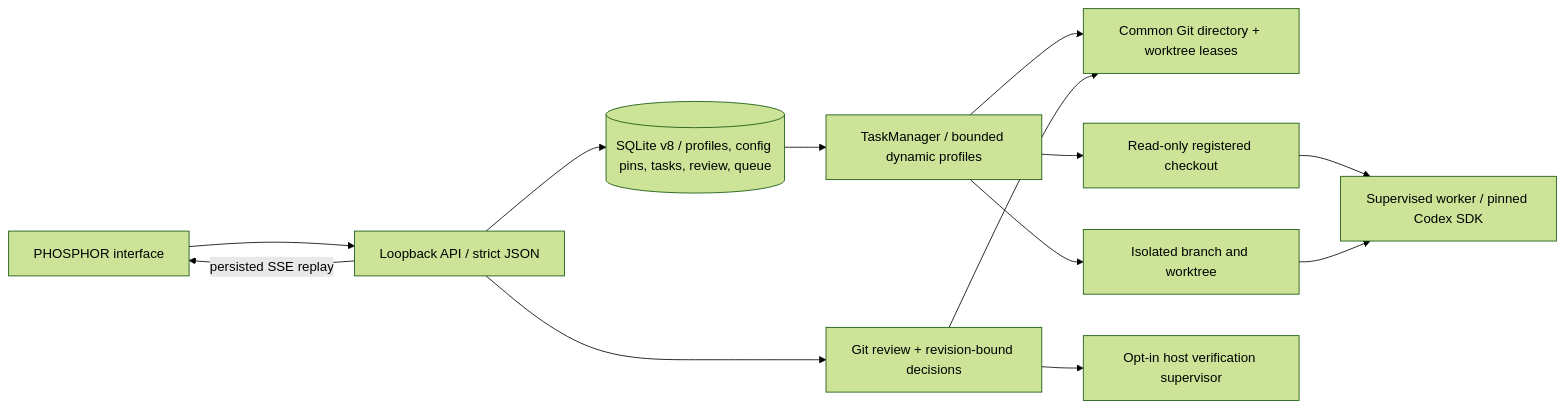
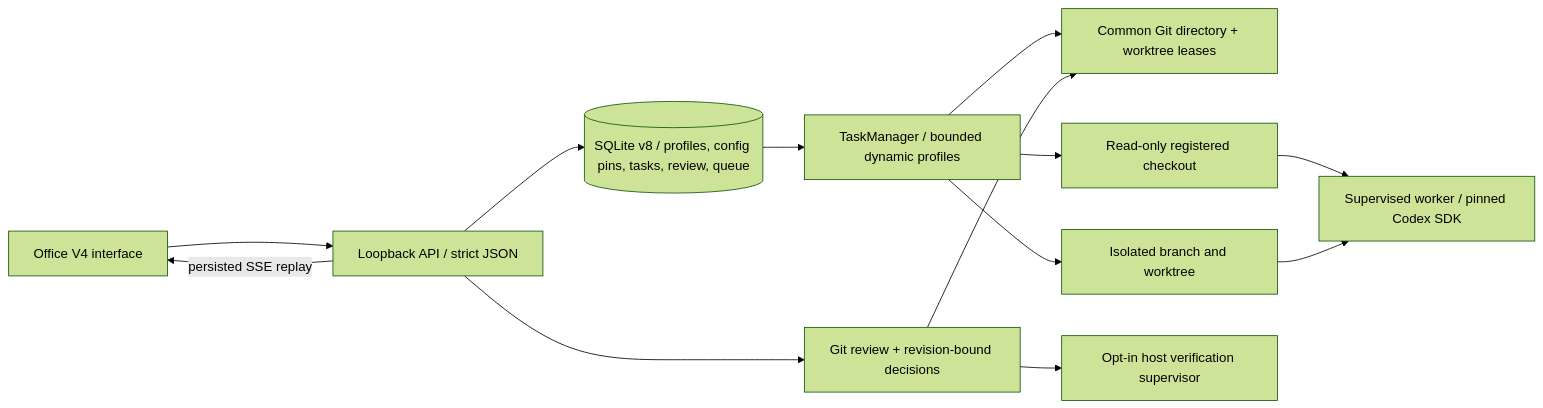
The diagram in docs/ARCHITECTURE.md (vlovers/ai-office), drawn with Mermaid (forest theme) before and after one commit. The commit also changed other lines of this file and 52 other files, not shown here.

````diff
--- a/docs/ARCHITECTURE.md
+++ b/docs/ARCHITECTURE.md
@@ -5,15 +5,15 @@
 ```mermaid
 flowchart LR
-  UI[PHOSPHOR interface] --> API[Loopback API / strict JSON]
+  UI[Office V4 interface] --> API[Loopback API / strict JSON]
   API --> Store[(SQLite v8 / profiles, config pins, tasks, review, queue)]
   Store --> Manager[TaskManager / bounded dynamic profiles]
   Manager --> Leases[Common Git directory + worktree leases]
   Manager --> RO[Read-only registered checkout]
   Manager --> WT[Isolated branch and worktree]
   RO --> Codex[Supervised worker / pinned Codex SDK]
   WT --> Codex
   API --> Review[Git review + revision-bound decisions]
   Review --> Leases
   Review --> Verify[Opt-in host verification supervisor]
   API -->|persisted SSE replay| UI
 ```
````
